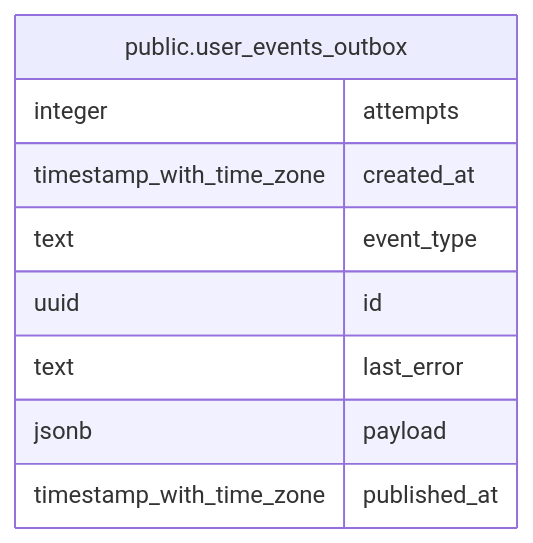
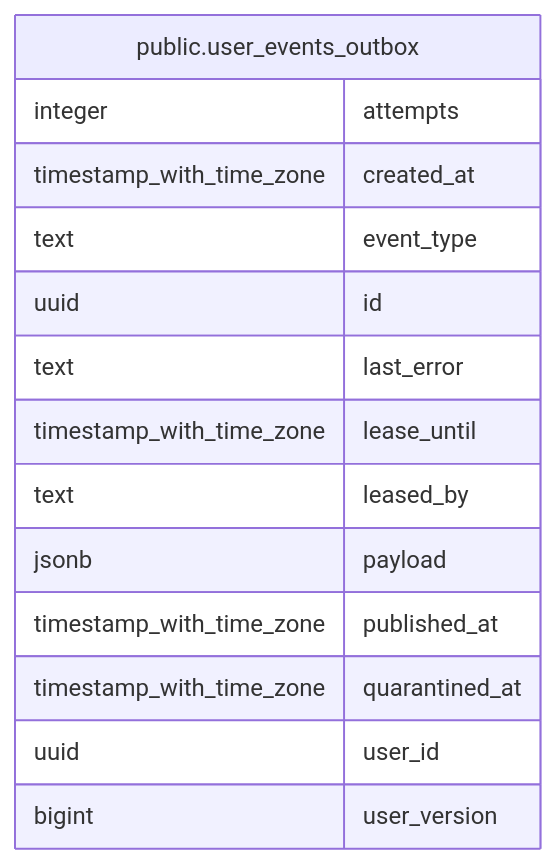
The diagram in docs/schema/public.user_events_outbox.md (paderinandrey/identity-service), drawn with Mermaid before and after one commit. The commit also changed other lines of this file and 2 other files, not shown here.

Commit message:
Regenerate schema docs for the outbox lease columns and indexes

````diff
--- a/docs/schema/public.user_events_outbox.md
+++ b/docs/schema/public.user_events_outbox.md
@@ -39,14 +47,19 @@
 ```mermaid
 erDiagram
 
 
 "public.user_events_outbox" {
   integer attempts
   timestamp_with_time_zone created_at
   text event_type
   uuid id
   text last_error
+  timestamp_with_time_zone lease_until
+  text leased_by
   jsonb payload
   timestamp_with_time_zone published_at
+  timestamp_with_time_zone quarantined_at
+  uuid user_id
+  bigint user_version
 }
 ```
````
